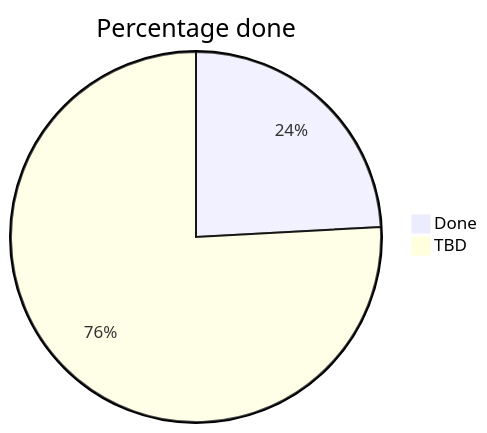
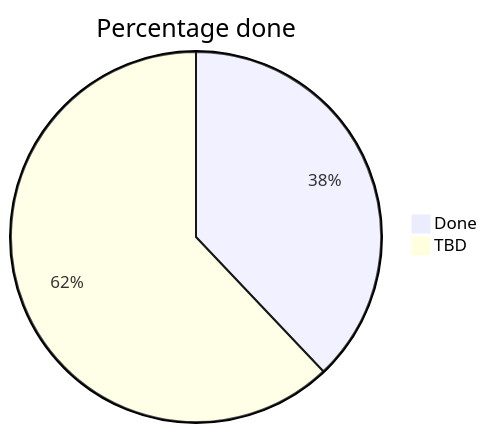
One commit to LiamMorar/Y12-Software-Engineering-Major-Proj changed the diagram in README.md. Above: the diagram before and after it, drawn with Mermaid. The commit also changed other lines of this file and 5 other files, not shown here.

````diff
--- a/README.md
+++ b/README.md
@@ -88,5 +88,5 @@
 ```mermaid
 pie title Percentage done
-"Done" : 7
-"TBD" : 22
+"Done" : 11
+"TBD" : 18
 ```
````
